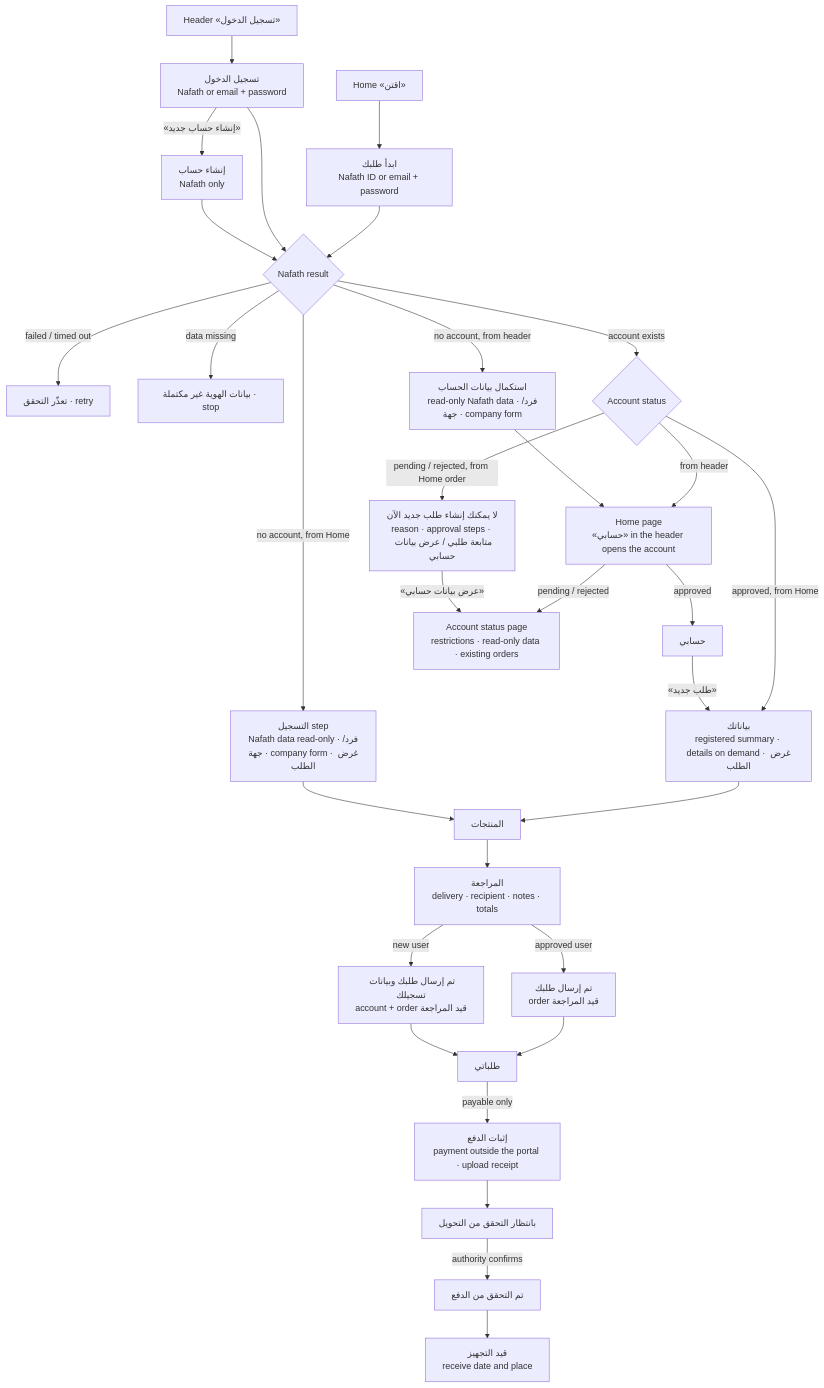
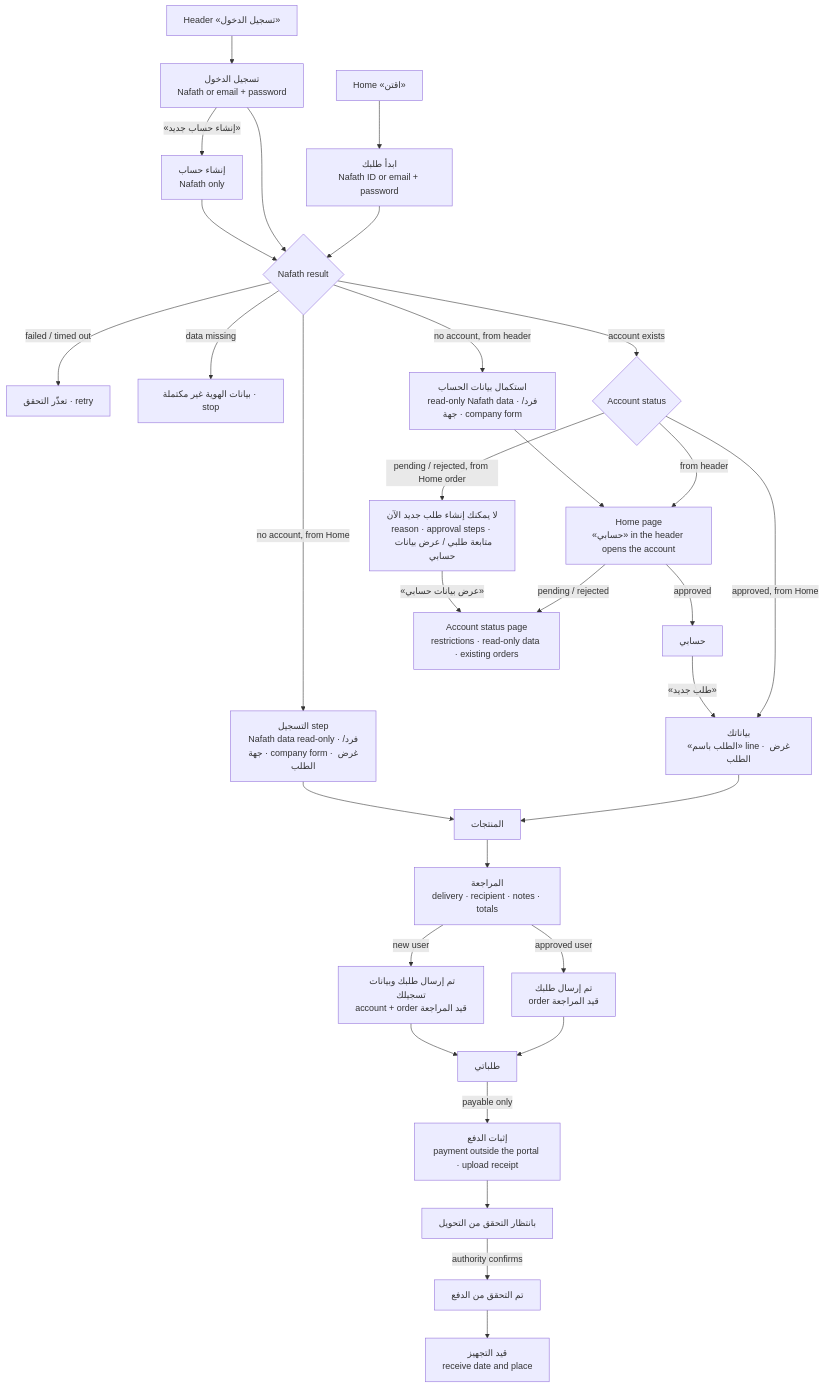
One commit to hagersaeedd363-lgtm/NTG changed the first of 3 diagrams in app/docs/portal-ux.md. Above: the diagram before and after it, drawn with Mermaid. The commit also changed other lines of this file and 5 other files, not shown here.

````diff
--- a/app/docs/portal-ux.md
+++ b/app/docs/portal-ux.md
@@ -8,30 +8,30 @@
 ```mermaid
 flowchart TD
   H[Home «اقتن»] --> ID[ابدأ طلبك<br/>Nafath ID or email + password]
   N[Header «تسجيل الدخول»] --> L[تسجيل الدخول<br/>Nafath or email + password]
   L -- «إنشاء حساب جديد» --> R[إنشاء حساب<br/>Nafath only]
   ID --> V{Nafath result}
   L --> V
   R --> V
   V -- failed / timed out --> VF[تعذّر التحقق · retry]
   V -- data missing --> VM[بيانات الهوية غير مكتملة · stop]
   V -- account exists --> A{Account status}
   V -- no account, from Home --> REG1[التسجيل step<br/>Nafath data read-only · فرد/جهة · company form · غرض الطلب]
   V -- no account, from header --> REG2[استكمال بيانات الحساب<br/>read-only Nafath data · فرد/جهة · company form]
-  A -- approved, from Home --> SUM[بياناتك<br/>registered summary · details on demand · غرض الطلب]
+  A -- approved, from Home --> SUM[بياناتك<br/>«الطلب باسم» line · غرض الطلب]
   A -- from header --> HM[Home page<br/>«حسابي» in the header opens the account]
   HM -- approved --> P[حسابي]
   HM -- pending / rejected --> ST[Account status page<br/>restrictions · read-only data · existing orders]
   A -- pending / rejected, from Home order --> BL[لا يمكنك إنشاء طلب جديد الآن<br/>reason · approval steps · متابعة طلبي / عرض بيانات حسابي]
   BL -- «عرض بيانات حسابي» --> ST
   P -- «طلب جديد» --> SUM
   SUM --> PR[المنتجات] --> RV[المراجعة<br/>delivery · recipient · notes · totals]
   REG1 --> PR
   RV -- approved user --> D1[تم إرسال طلبك<br/>order قيد المراجعة]
   RV -- new user --> D2[تم إرسال طلبك وبيانات تسجيلك<br/>account + order قيد المراجعة]
   REG2 --> HM
   D1 --> O[طلباتي]
   D2 --> O
   O -- payable only --> PAY[إثبات الدفع<br/>payment outside the portal · upload receipt]
   PAY --> VER[بانتظار التحقق من التحويل] -- authority confirms --> PAID[تم التحقق من الدفع] --> PREP[قيد التجهيز<br/>receive date and place]
 ```
````
